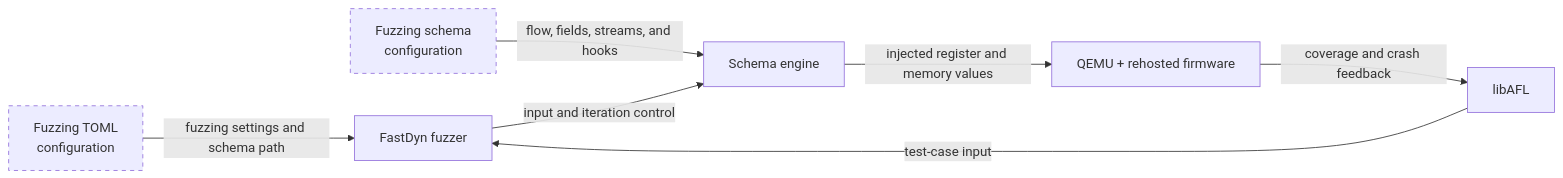
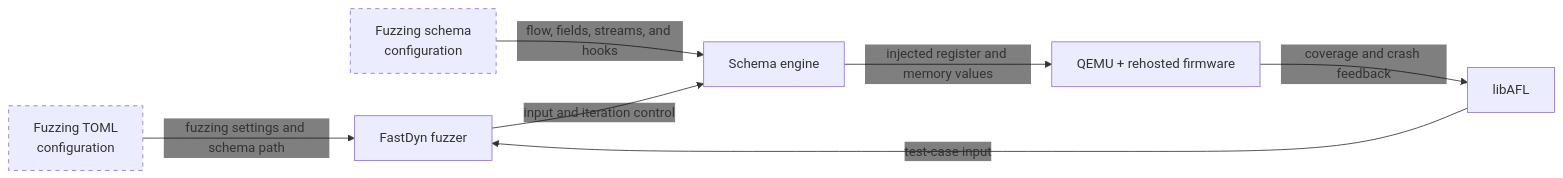
The second of 2 diagrams in docs/FastDyn_STR_Integration.md (jgoppert/FastDyn), drawn with Mermaid before and after one commit.

Commit message:
Improved block diagram labels

````diff
--- a/docs/FastDyn_STR_Integration.md
+++ b/docs/FastDyn_STR_Integration.md
@@ -50,19 +50,20 @@
 ```mermaid
+%%{init: {"themeVariables": {"edgeLabelBackground": "transparent"}, "themeCSS": ".edgeLabel, .edgeLabel div, .edgeLabel p { background: transparent !important; } .edgeLabel p { text-shadow: 0 0 1px rgba(0, 0, 0, 0.9); }"}}%%
 flowchart LR
     toml["Fuzzing TOML<br/>configuration"]
     schema["Fuzzing schema<br/>configuration"]
     libafl["libAFL"]
     fuzzer["FastDyn fuzzer"]
     engine["Schema engine"]
     qemu["QEMU + rehosted firmware"]
 
     toml -->|"fuzzing settings and schema path"| fuzzer
     schema -->|"flow, fields, streams, and hooks"| engine
     libafl -->|"test-case input"| fuzzer
     fuzzer -->|"input and iteration control"| engine
     engine -->|"injected register and memory values"| qemu
     qemu -->|"coverage and crash feedback"| libafl
 
     classDef configuration stroke-dasharray: 5 5
     class toml,schema configuration
 ```
````
